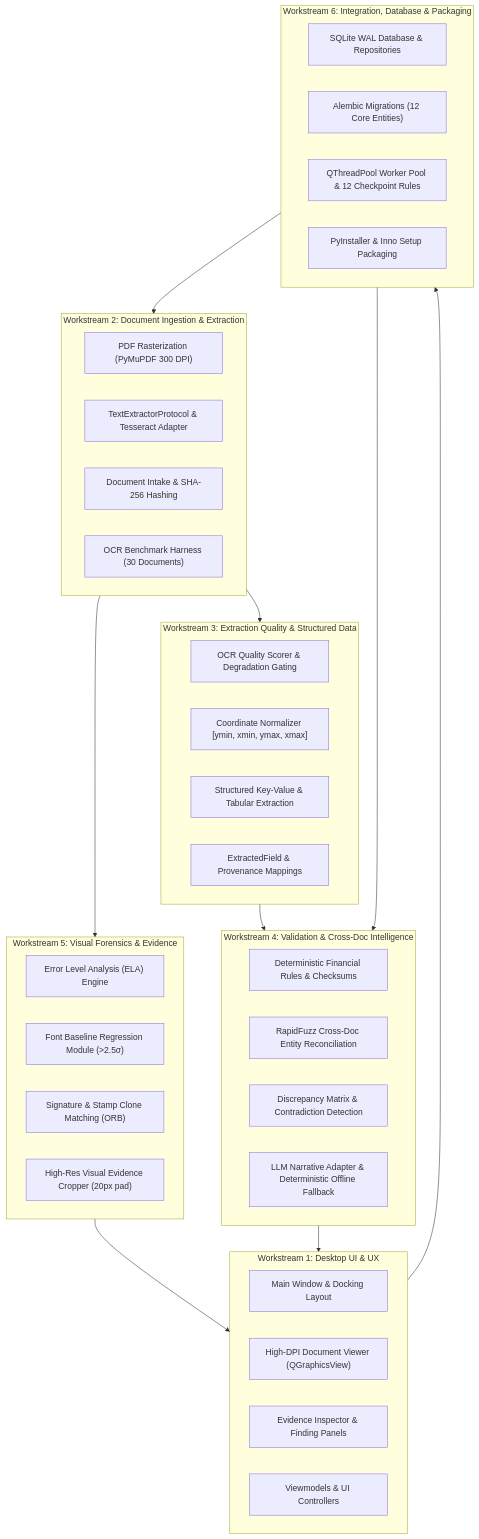
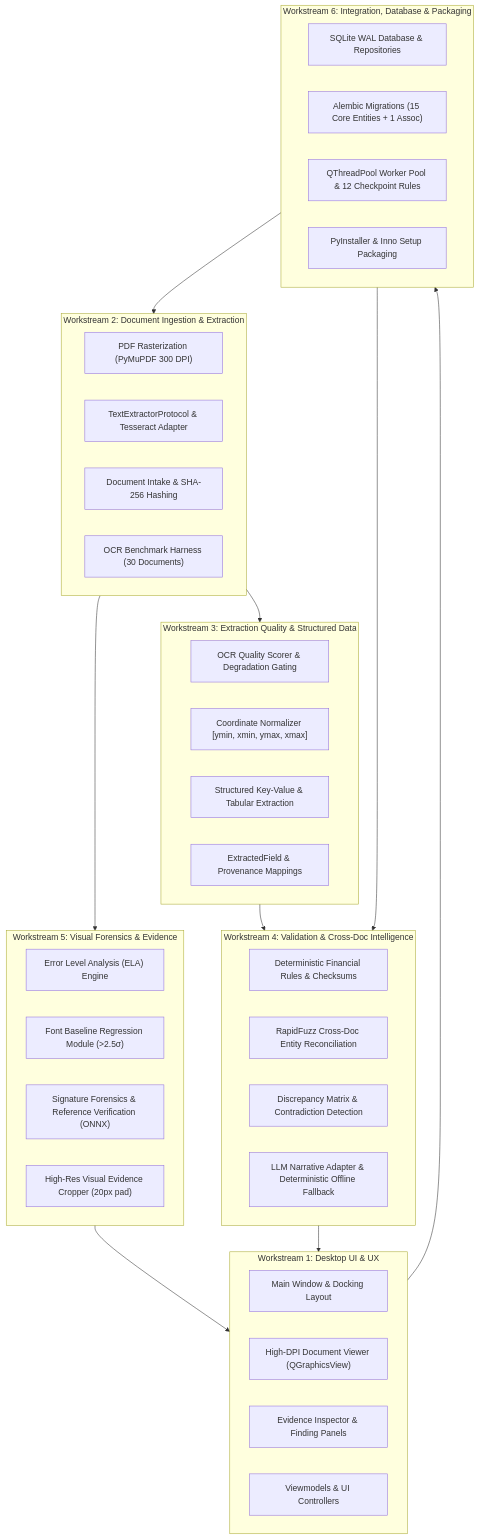
Before and after one commit to rajas2007/VeriTrace: the diagram in dev/17_MODULE_RESPONSIBILITY_MATRIX.md, drawn with Mermaid. The commit also changed other lines of this file and 113 other files, not shown here.

````diff
--- a/dev/17_MODULE_RESPONSIBILITY_MATRIX.md
+++ b/dev/17_MODULE_RESPONSIBILITY_MATRIX.md
@@ -57,53 +57,53 @@
 ```mermaid
 flowchart TD
     subgraph WS1["Workstream 1: Desktop UI & UX"]
         G1["Main Window & Docking Layout"]
         G2["High-DPI Document Viewer (QGraphicsView)"]
         G3["Evidence Inspector & Finding Panels"]
         G4["Viewmodels & UI Controllers"]
     end
 
     subgraph WS2["Workstream 2: Document Ingestion & Extraction"]
         P1["PDF Rasterization (PyMuPDF 300 DPI)"]
         P2["TextExtractorProtocol & Tesseract Adapter"]
         P3["Document Intake & SHA-256 Hashing"]
         P4["OCR Benchmark Harness (30 Documents)"]
     end
 
     subgraph WS3["Workstream 3: Extraction Quality & Structured Data"]
         Q1["OCR Quality Scorer & Degradation Gating"]
         Q2["Coordinate Normalizer [ymin, xmin, ymax, xmax]"]
         Q3["Structured Key-Value & Tabular Extraction"]
         Q4["ExtractedField & Provenance Mappings"]
     end
 
     subgraph WS4["Workstream 4: Validation & Cross-Doc Intelligence"]
         R1["Deterministic Financial Rules & Checksums"]
         R2["RapidFuzz Cross-Doc Entity Reconciliation"]
         R3["Discrepancy Matrix & Contradiction Detection"]
         R4["LLM Narrative Adapter & Deterministic Offline Fallback"]
     end
 
     subgraph WS5["Workstream 5: Visual Forensics & Evidence"]
         F1["Error Level Analysis (ELA) Engine"]
         F2["Font Baseline Regression Module (>2.5σ)"]
-        F3["Signature & Stamp Clone Matching (ORB)"]
+        F3["Signature Forensics & Reference Verification (ONNX)"]
         F4["High-Res Visual Evidence Cropper (20px pad)"]
     end
 
     subgraph WS6["Workstream 6: Integration, Database & Packaging"]
         I1["SQLite WAL Database & Repositories"]
-        I2["Alembic Migrations (12 Core Entities)"]
+        I2["Alembic Migrations (15 Core Entities + 1 Assoc)"]
         I3["QThreadPool Worker Pool & 12 Checkpoint Rules"]
         I4["PyInstaller & Inno Setup Packaging"]
     end
 
     WS1 --> WS6
     WS2 --> WS3
     WS3 --> WS4
     WS2 --> WS5
     WS5 --> WS1
     WS4 --> WS1
     WS6 --> WS2
     WS6 --> WS4
 ```
````
